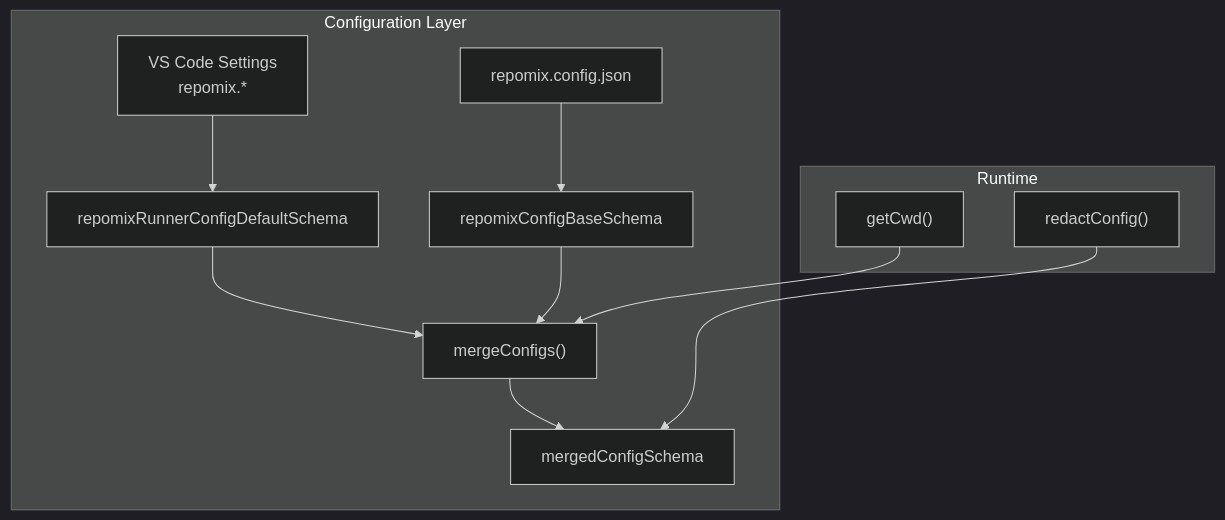
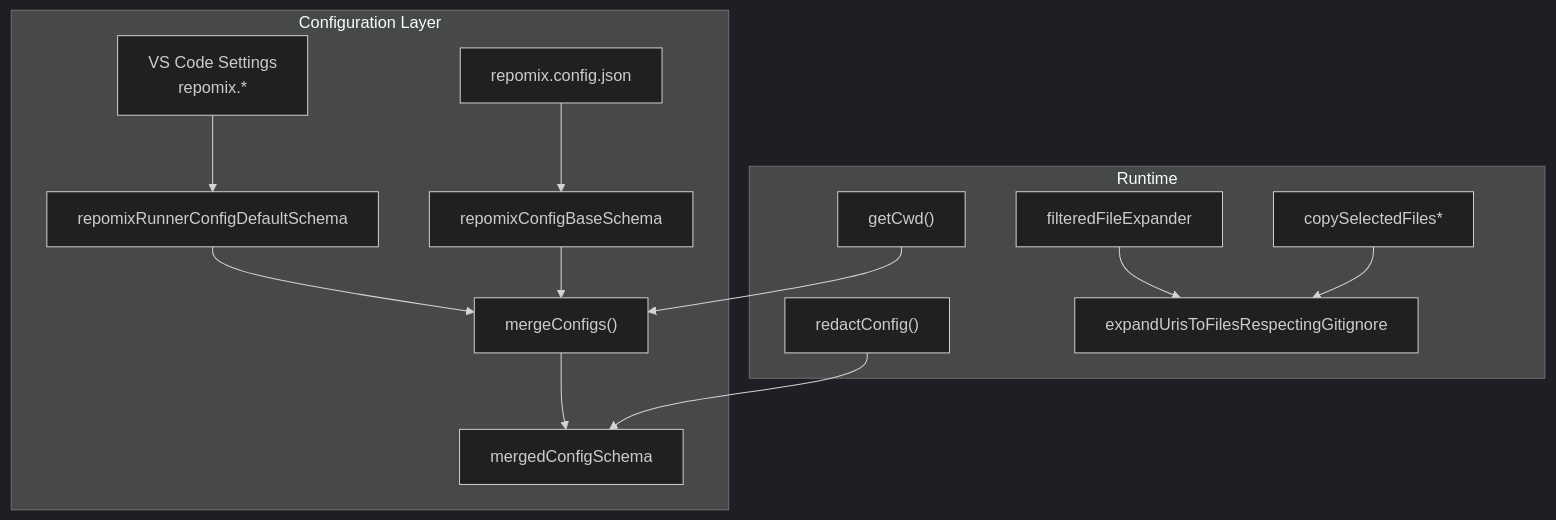
Before and after one commit to bramburn/repomix-runner: the first of 6 diagrams in .qoder/repowiki/en/content/Configuration Management/Configuration Schema and Validation.md, drawn with Mermaid (dark theme). The commit also changed other lines of this file and 41 other files, not shown here.

````diff
--- a/.qoder/repowiki/en/content/Configuration Management/Configuration Schema and Validation.md
+++ b/.qoder/repowiki/en/content/Configuration Management/Configuration Schema and Validation.md
@@ -39,14 +55,16 @@
 ```mermaid
 graph TB
 subgraph "Configuration Layer"
 A["VS Code Settings<br/>repomix.*"] --> B["repomixRunnerConfigDefaultSchema"]
 C["repomix.config.json"] --> D["repomixConfigBaseSchema"]
 B --> E["mergeConfigs()"]
 D --> E
 E --> F["mergedConfigSchema"]
 end
 subgraph "Runtime"
 G["getCwd()"] --> E
 H["redactConfig()"] --> F
+I["filteredFileExpander"] --> J["expandUrisToFilesRespectingGitignore"]
+K["copySelectedFiles*"] --> J
 end
 ```
````
